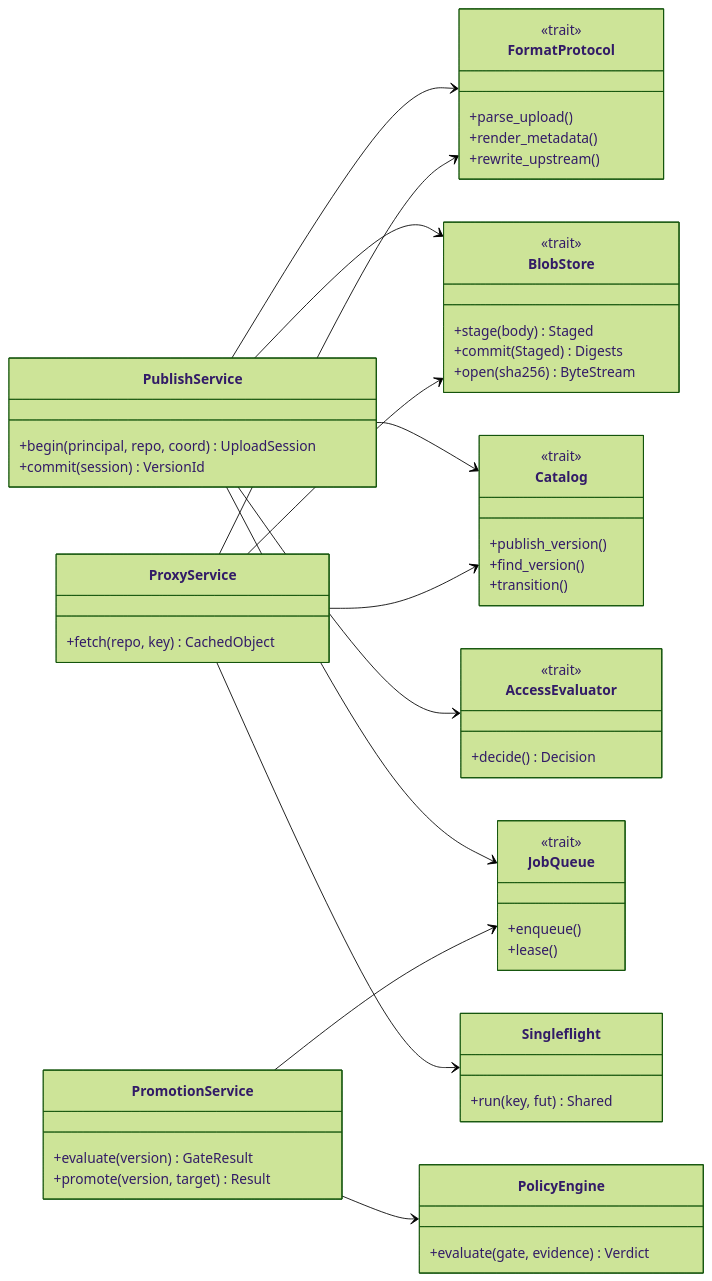
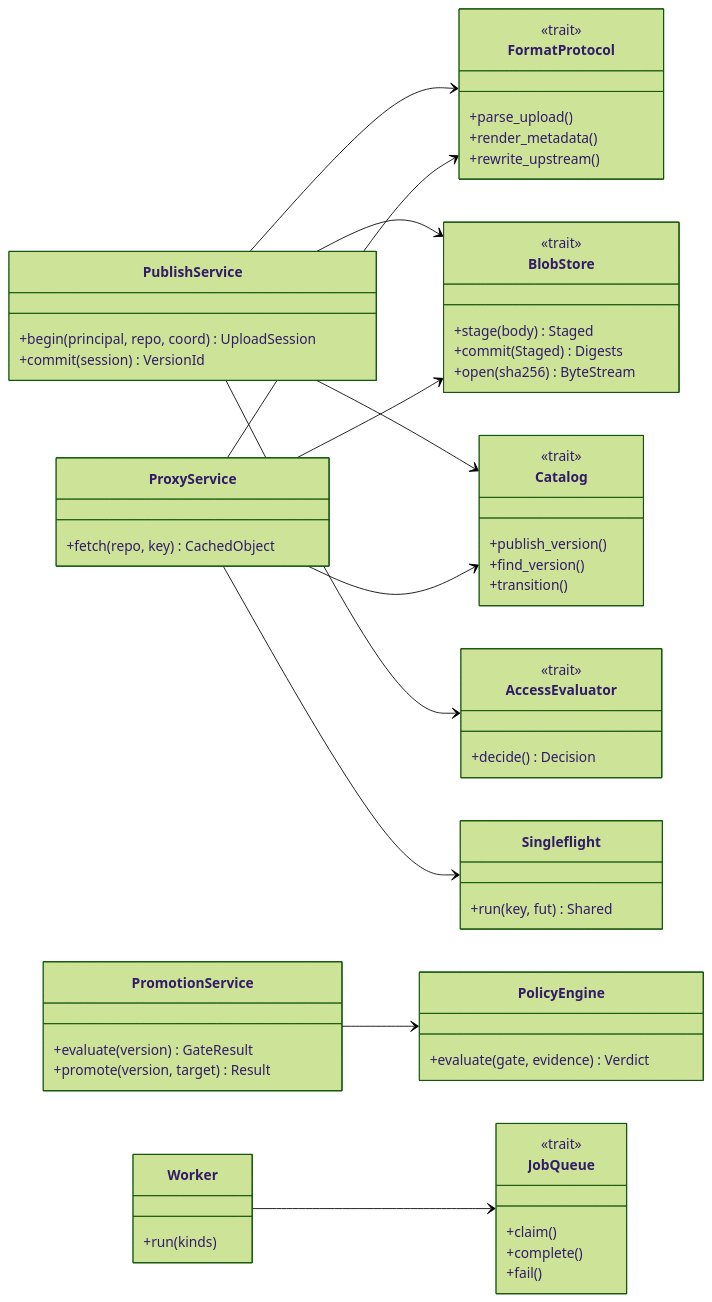
Before and after one commit to izevg/CRANE: the diagram in docs/product/08-c4-l4-code.md, drawn with Mermaid (forest theme). The commit also changed other lines of this file and 7 other files, not shown here.

Commit message:
docs(product): record job queue decision without transaction type in ports

````diff
--- a/docs/product/08-c4-l4-code.md
+++ b/docs/product/08-c4-l4-code.md
@@ -152,59 +159,62 @@
 ```mermaid
 classDiagram
   direction LR
   class PublishService {
     +begin(principal, repo, coord) UploadSession
     +commit(session) VersionId
   }
   class ProxyService {
     +fetch(repo, key) CachedObject
   }
   class PromotionService {
     +evaluate(version) GateResult
     +promote(version, target) Result
   }
   class FormatProtocol {
     <<trait>>
     +parse_upload()
     +render_metadata()
     +rewrite_upstream()
   }
   class BlobStore {
     <<trait>>
     +stage(body) Staged
     +commit(Staged) Digests
     +open(sha256) ByteStream
   }
   class Catalog {
     <<trait>>
     +publish_version()
     +find_version()
     +transition()
   }
   class AccessEvaluator {
     <<trait>>
     +decide() Decision
   }
   class JobQueue {
     <<trait>>
-    +enqueue()
-    +lease()
+    +claim()
+    +complete()
+    +fail()
+  }
+  class Worker {
+    +run(kinds)
   }
   class Singleflight {
     +run(key, fut) Shared
   }
   class PolicyEngine {
     +evaluate(gate, evidence) Verdict
   }
   PublishService --> FormatProtocol
   PublishService --> BlobStore
   PublishService --> Catalog
   PublishService --> AccessEvaluator
-  PublishService --> JobQueue
   ProxyService --> FormatProtocol
   ProxyService --> BlobStore
   ProxyService --> Catalog
   ProxyService --> Singleflight
   PromotionService --> PolicyEngine
-  PromotionService --> JobQueue
+  Worker --> JobQueue
 ```
````
